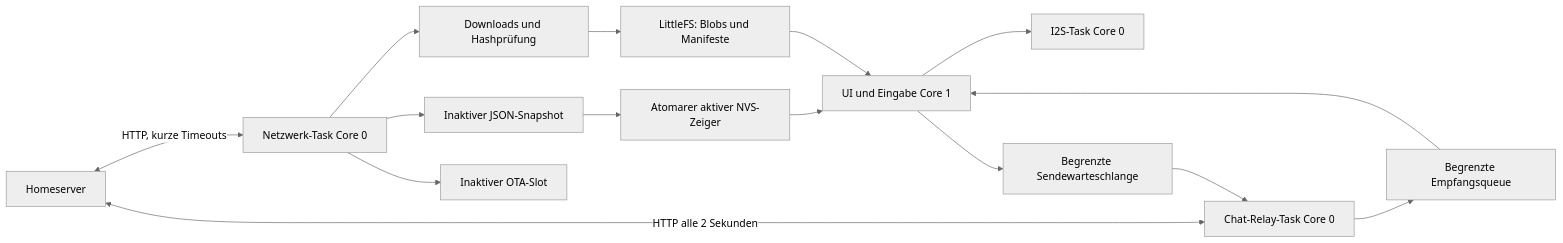
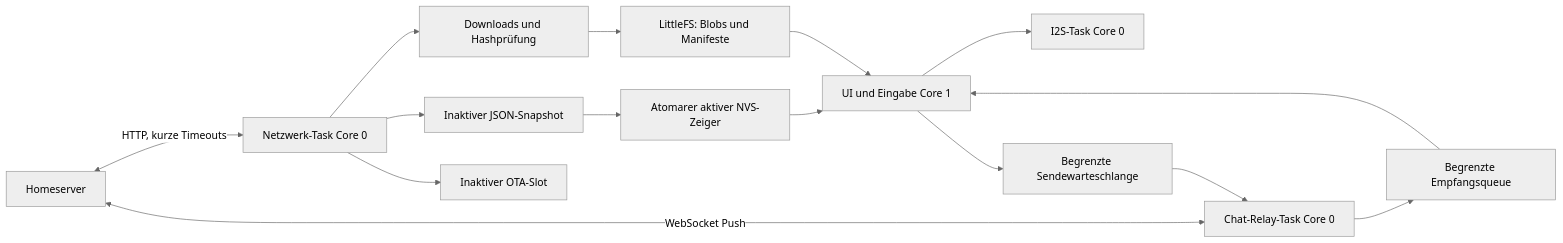
The diagram in docs/architecture.md (coveur-codex/leap-firmware), drawn with Mermaid (neutral theme) before and after one commit. The commit also changed 18 other files, not shown here.

Commit message:
Use WebSocket chat with modem sleep and configurable device accents

````diff
--- a/docs/architecture.md
+++ b/docs/architecture.md
@@ -3,17 +3,17 @@
 ```mermaid
 flowchart LR
   Server[Homeserver] <-->|HTTP, kurze Timeouts| Worker[Netzwerk-Task Core 0]
   Worker --> Stage[Downloads und Hashprüfung]
   Stage --> FS[LittleFS: Blobs und Manifeste]
   Worker --> Snapshot[Inaktiver JSON-Snapshot]
   Snapshot --> NVS[Atomarer aktiver NVS-Zeiger]
   NVS --> UI[UI und Eingabe Core 1]
   FS --> UI
   UI --> Audio[I2S-Task Core 0]
-  Server <-->|HTTP alle 2 Sekunden| Chat[Chat-Relay-Task Core 0]
+  Server <-->|WebSocket Push| Chat[Chat-Relay-Task Core 0]
   UI --> Send[Begrenzte Sendewarteschlange]
   Send --> Chat
   Chat --> Queue[Begrenzte Empfangsqueue]
   Queue --> UI
   Worker --> OTA[Inaktiver OTA-Slot]
 ```
````
